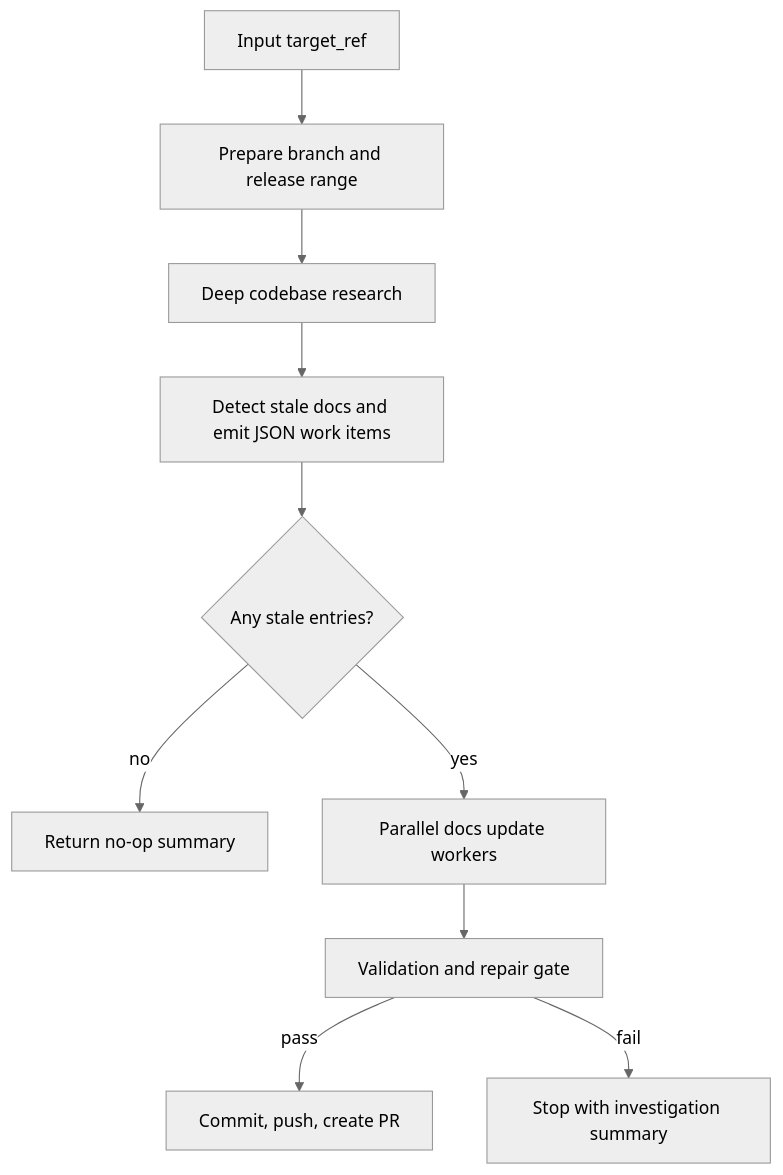
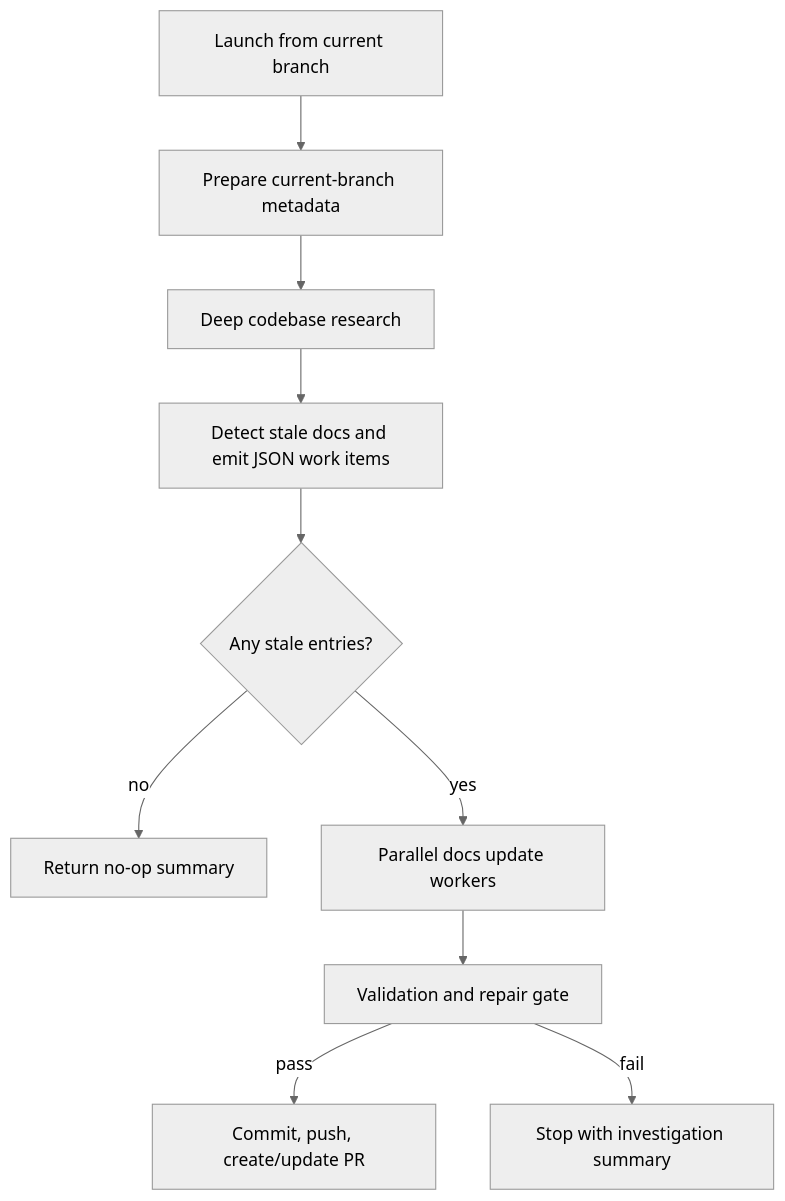
The diagram in specs/2026-06-07-release-docs-workflow.md (flora131/atomic), drawn with Mermaid (neutral theme) before and after one commit. The commit also changed other lines of this file and 1 other file, not shown here.

First line of the commit message:
refactor(workflows): simplify release docs flow

````diff
--- a/specs/2026-06-07-release-docs-workflow.md
+++ b/specs/2026-06-07-release-docs-workflow.md
@@ -46,12 +47,12 @@
 ```mermaid
 flowchart TD
-  A[Input target_ref] --> B[Prepare branch and release range]
+  A[Launch from current branch] --> B[Prepare current-branch metadata]
   B --> C[Deep codebase research]
   C --> D[Detect stale docs and emit JSON work items]
   D --> E{Any stale entries?}
   E -- no --> Z[Return no-op summary]
   E -- yes --> F[Parallel docs update workers]
   F --> G[Validation and repair gate]
-  G -- pass --> H[Commit, push, create PR]
+  G -- pass --> H[Commit, push, create/update PR]
   G -- fail --> Y[Stop with investigation summary]
 ```
````
